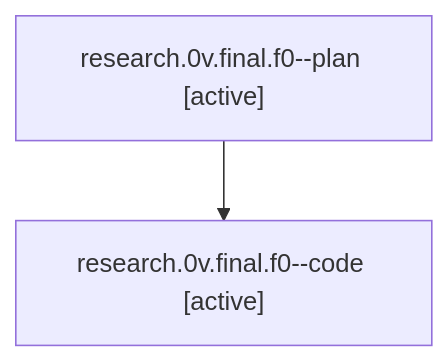
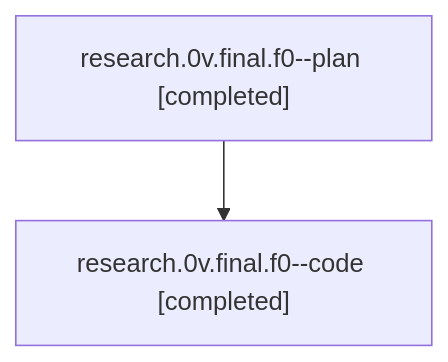
The diagram in families/bbugyi200.athena.research.0v.final.f0.md (sase-org/sase--agents), drawn with Mermaid before and after one commit. The commit also changed other lines of this file and 21 other files, not shown here.

````diff
--- a/families/bbugyi200.athena.research.0v.final.f0.md
+++ b/families/bbugyi200.athena.research.0v.final.f0.md
@@ -9,6 +9,6 @@
 ```mermaid
 flowchart TD
-  n0["research.0v.final.f0--plan [active]"]
-  n1["research.0v.final.f0--code [active]"]
+  n0["research.0v.final.f0--plan [completed]"]
+  n1["research.0v.final.f0--code [completed]"]
   n0 --> n1
 ```
````
